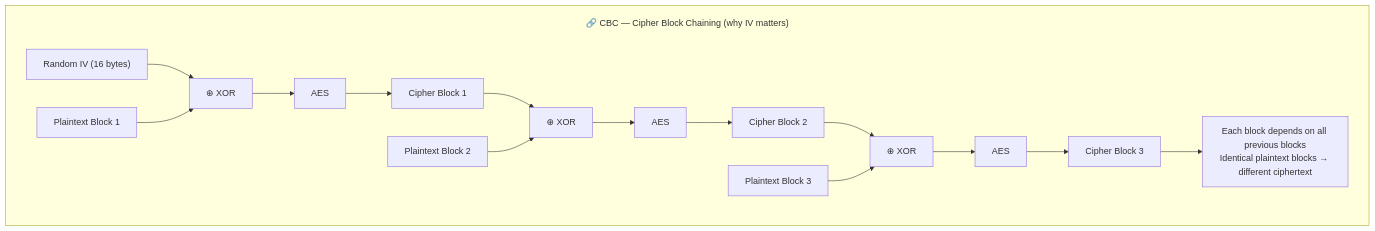
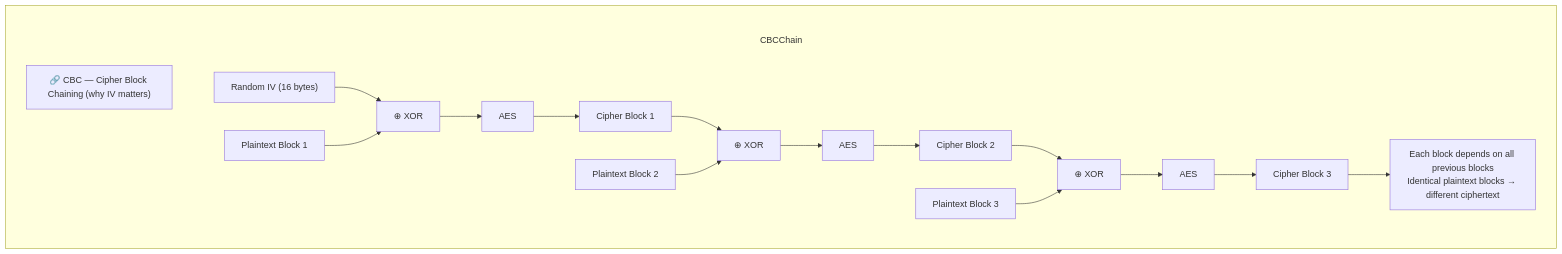
The second of 3 diagrams in src/main/java/security/encryption/symmetric/README.md (csoares/SecurityJava), drawn with Mermaid before and after one commit. The commit also changed other lines of this file and 11 other files, not shown here.

First line of the commit message:
Fix Mermaid subgraph title overlap by moving labels into title nodes

````diff
--- a/src/main/java/security/encryption/symmetric/README.md
+++ b/src/main/java/security/encryption/symmetric/README.md
@@ -38,13 +38,15 @@
 ```mermaid
-%%{init: {'flowchart': {'subGraphTitleMargin': {'top': 20, 'bottom': 5}}}}%%
+%%{init: {'flowchart': {'subGraphTitleMargin': {'top': 50, 'bottom': 10}}}}%%
 flowchart TD
-    subgraph CBCChain ["🔗 CBC — Cipher Block Chaining (why IV matters)"]
+    subgraph CBCChain
+        T_CBCChain["🔗 CBC — Cipher Block Chaining (why IV matters)"]
+        T_CBCChain ~~~ IV
         IV["Random IV (16 bytes)"] --> XOR1["⊕ XOR"]
         P1["Plaintext Block 1"] --> XOR1 --> AES1["AES"] --> C1["Cipher Block 1"]
         C1 --> XOR2["⊕ XOR"]
         P2["Plaintext Block 2"] --> XOR2 --> AES2["AES"] --> C2["Cipher Block 2"]
         C2 --> XOR3["⊕ XOR"]
         P3["Plaintext Block 3"] --> XOR3 --> AES3["AES"] --> C3["Cipher Block 3"]
         C3 --> NOTE["Each block depends on all previous blocks<br/>Identical plaintext blocks → different ciphertext"]
     end
 ```
````
